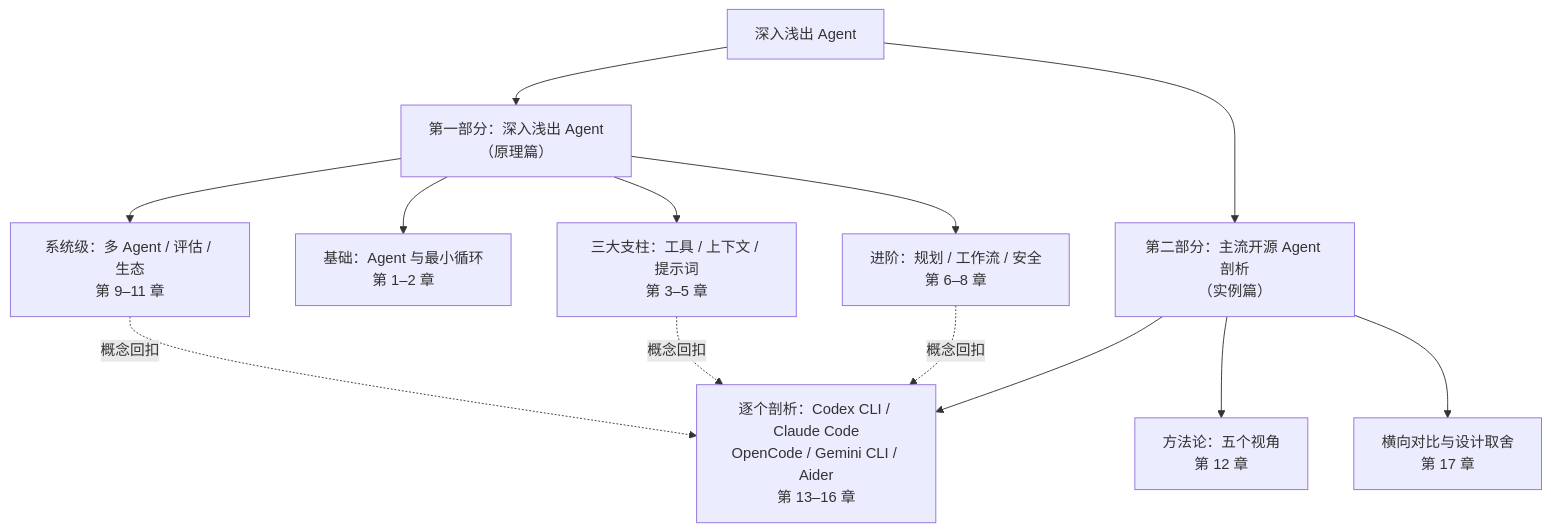
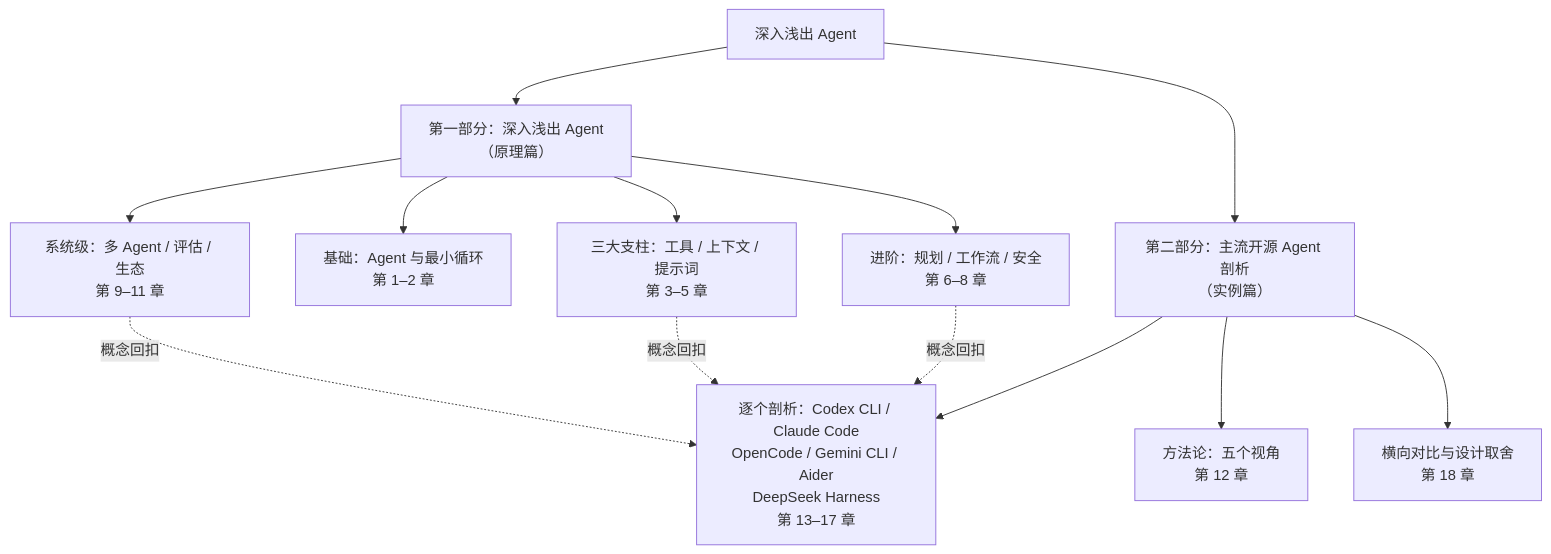
Before and after one commit to chongyi/deep-dive-agents: the diagram in src/README.md, drawn with Mermaid. The commit also changed other lines of this file and 10 other files, not shown here.

Commit message:
新增第 17 章 DeepSeek Harness 剖析；全书引入 harness 概念（第 12 章专节 + 第 1 章埋点）；对比章顺延为第 18 章并扩为六项目对比

````diff
--- a/src/README.md
+++ b/src/README.md
@@ -20,23 +20,23 @@
 ```mermaid
 flowchart TB
     book["深入浅出 Agent"]
 
     p1["第一部分：深入浅出 Agent<br/>（原理篇）"]
     p2["第二部分：主流开源 Agent 剖析<br/>（实例篇）"]
 
     book --> p1
     book --> p2
 
     p1 --> a["基础：Agent 与最小循环<br/>第 1–2 章"]
     p1 --> b["三大支柱：工具 / 上下文 / 提示词<br/>第 3–5 章"]
     p1 --> c["进阶：规划 / 工作流 / 安全<br/>第 6–8 章"]
     p1 --> d["系统级：多 Agent / 评估 / 生态<br/>第 9–11 章"]
 
     p2 --> e["方法论：五个视角<br/>第 12 章"]
-    p2 --> f["逐个剖析：Codex CLI / Claude Code<br/>OpenCode / Gemini CLI / Aider<br/>第 13–16 章"]
-    p2 --> g["横向对比与设计取舍<br/>第 17 章"]
+    p2 --> f["逐个剖析：Codex CLI / Claude Code<br/>OpenCode / Gemini CLI / Aider<br/>DeepSeek Harness<br/>第 13–17 章"]
+    p2 --> g["横向对比与设计取舍<br/>第 18 章"]
 
     c -.概念回扣.-> f
     b -.概念回扣.-> f
     d -.概念回扣.-> f
 ```
````
